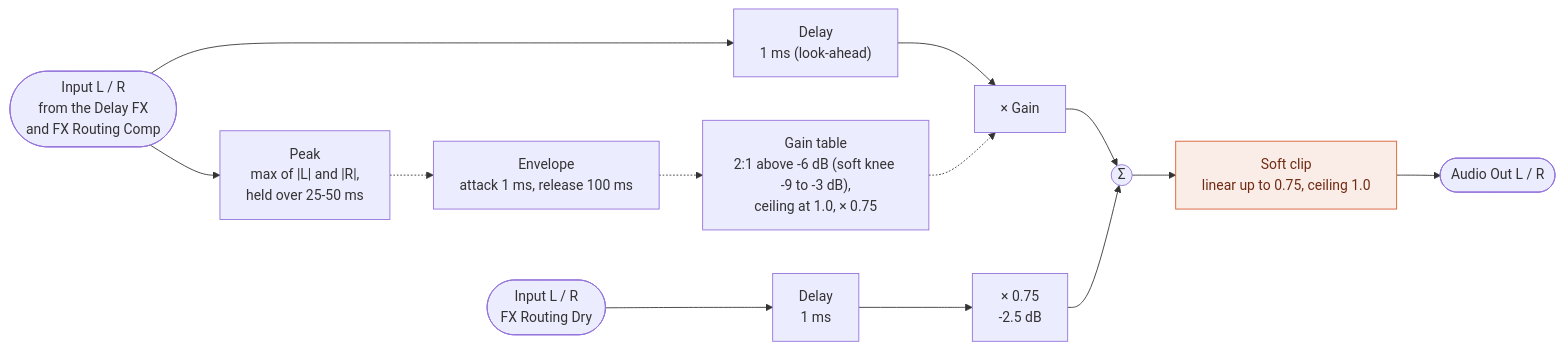
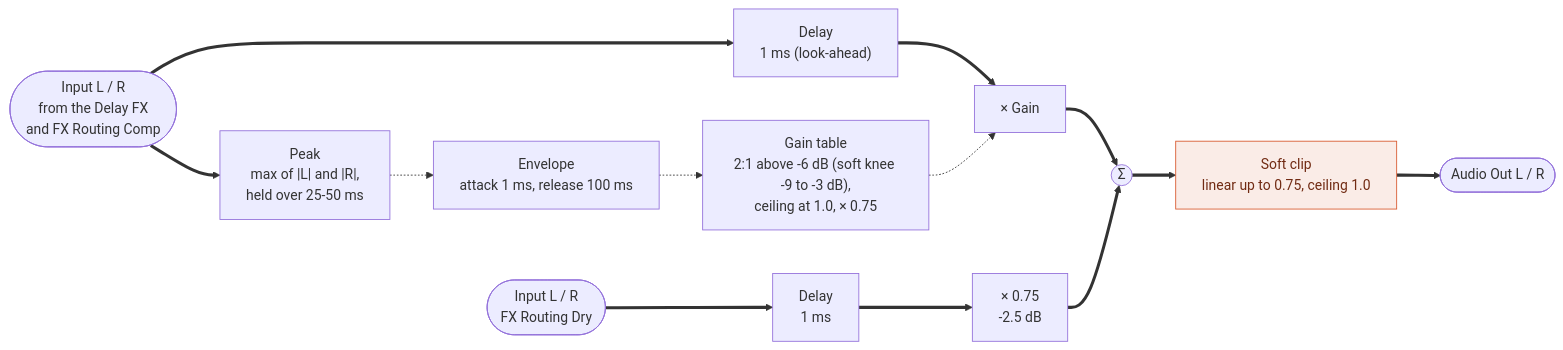
Before and after one commit to risgk/digital-synth-pra32-u2: the eighth of 9 diagrams in PRA32-U2-Block-Diagrams.md, drawn with Mermaid. The commit also changed other lines of this file and 1 other file, not shown here.

Commit message:
Block diagrams: The stereo audio with thick arrows

````diff
--- a/PRA32-U2-Block-Diagrams.md
+++ b/PRA32-U2-Block-Diagrams.md
@@ -264,17 +264,17 @@
 ```mermaid
 flowchart LR
-    IN([Input L / R<br/>from the Delay FX<br/>and FX Routing Comp]) --> DLY["Delay<br/>1 ms (look-ahead)"]
-    DLY --> VCA["× Gain"]
-    VCA --> SUM((Σ))
-    DRY([Input L / R<br/>FX Routing Dry]) --> DD["Delay<br/>1 ms"]
-    DD --> OG["× 0.75<br/>-2.5 dB"]
-    OG --> SUM
-    SUM --> SC["Soft clip<br/>linear up to 0.75, ceiling 1.0"]
-    SC --> OUT([Audio Out L / R])
-    IN --> PK["Peak<br/>max of |L| and |R|,<br/>held over 25-50 ms"]
+    IN([Input L / R<br/>from the Delay FX<br/>and FX Routing Comp]) ==> DLY["Delay<br/>1 ms (look-ahead)"]
+    DLY ==> VCA["× Gain"]
+    VCA ==> SUM((Σ))
+    DRY([Input L / R<br/>FX Routing Dry]) ==> DD["Delay<br/>1 ms"]
+    DD ==> OG["× 0.75<br/>-2.5 dB"]
+    OG ==> SUM
+    SUM ==> SC["Soft clip<br/>linear up to 0.75, ceiling 1.0"]
+    SC ==> OUT([Audio Out L / R])
+    IN ==> PK["Peak<br/>max of |L| and |R|,<br/>held over 25-50 ms"]
     PK -.-> ENV["Envelope<br/>attack 1 ms, release 100 ms"]
     ENV -.-> GT["Gain table<br/>2:1 above -6 dB (soft knee -9 to -3 dB),<br/>ceiling at 1.0, × 0.75"]
     GT -.-> VCA
     classDef nl fill:#FAECE7,stroke:#D85A30,color:#712B13
     class SC nl
 ```
````
